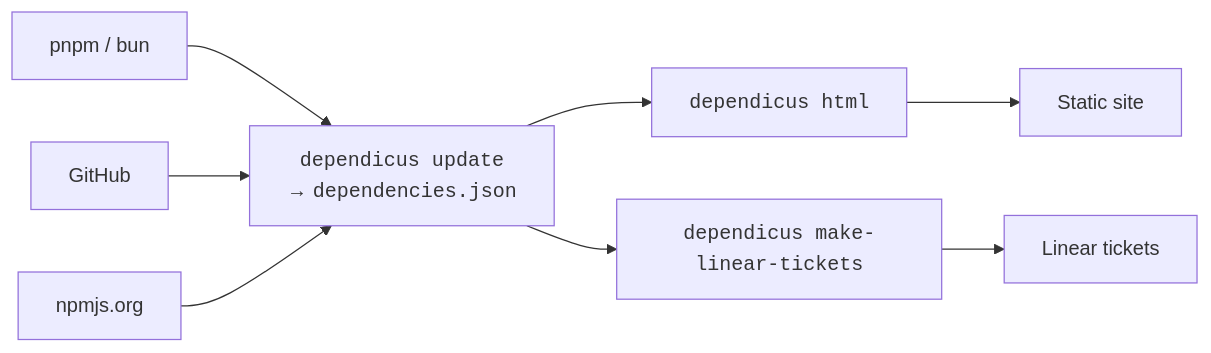
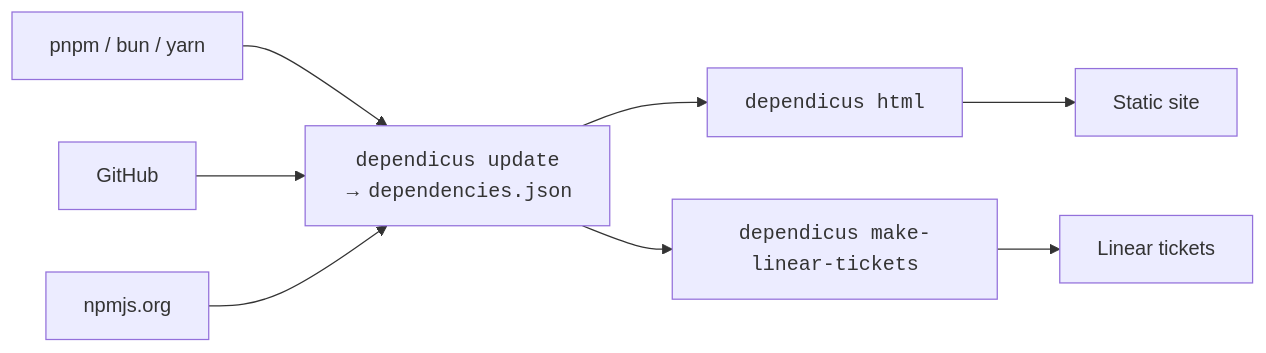
Before and after one commit to descriptinc/dependicus: the diagram in docs/docs/index.md, drawn with Mermaid. The commit also changed other lines of this file and 37 other files, not shown here.

````diff
--- a/docs/docs/index.md
+++ b/docs/docs/index.md
@@ -9,11 +9,11 @@
 ```mermaid
 graph LR
-    lockfile["pnpm / bun"] --> dependicus-update["<tt>dependicus update</tt><br>&rarr; <tt>dependencies.json</tt>"]
+    lockfile["pnpm / bun / yarn"] --> dependicus-update["<tt>dependicus update</tt><br>&rarr; <tt>dependencies.json</tt>"]
     GitHub --> dependicus-update
     npmjs.org --> dependicus-update
     dependicus-update --> dependicus-html["<tt>dependicus html</tt>"]
     dependicus-update --> dependicus-make-linear-tickets["<tt>dependicus make-linear-tickets</tt>"]
 
     dependicus-html --> static-site["Static site"]
     dependicus-make-linear-tickets --> linear-tickets["Linear tickets"]
 ```
````
